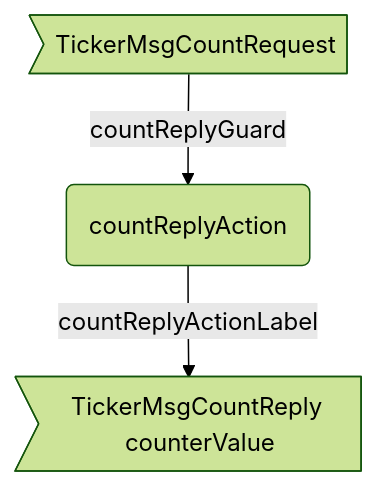
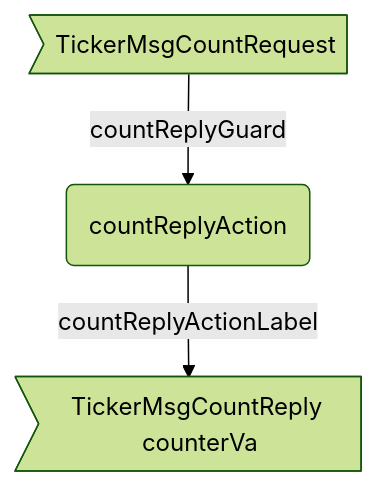
The second of 2 diagrams in docs/arch/node/engines/ticker_behaviour.juvix.md (anoma/nspec), drawn with Mermaid (forest theme) before and after one commit. The commit also changed other lines of this file, not shown here.

Commit message:
add more fixes to ticker_behaviour

````diff
--- a/docs/arch/node/engines/ticker_behaviour.juvix.md
+++ b/docs/arch/node/engines/ticker_behaviour.juvix.md
@@ -406,8 +405,8 @@
 ```mermaid
 flowchart TD
   CM>TickerMsgCountRequest]
   A(countReplyAction)
-  RE>TickerMsgCountReply counterValue]
+  RE>TickerMsgCountReply counterVa]
 
   CM --countReplyGuard--> A --countReplyActionLabel--> RE
 ```
````
